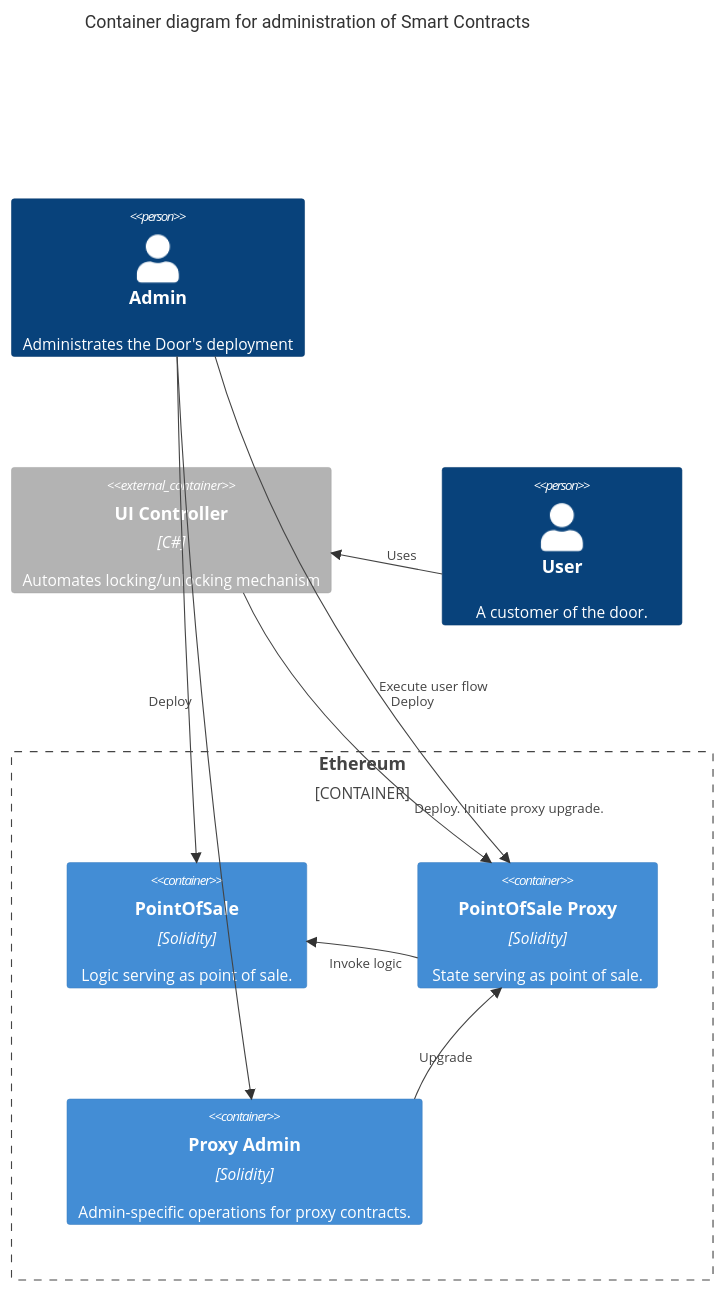
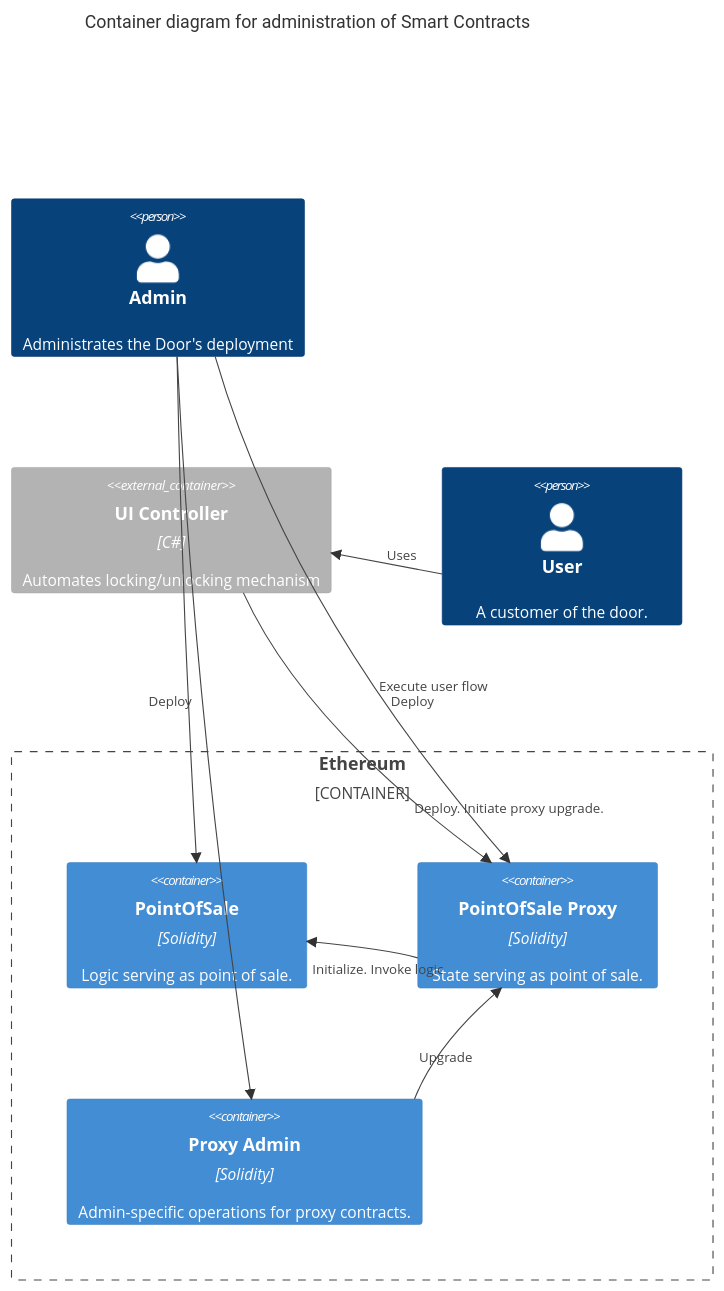
One commit to kilogold/Door changed the third of 3 diagrams in readme.md. Above: the diagram before and after it, drawn with Mermaid. The commit also changed other lines of this file, not shown here.

````diff
--- a/readme.md
+++ b/readme.md
@@ -65,27 +65,27 @@
 ``` mermaid
     C4Container
     title Container diagram for administration of Smart Contracts
     Person(admin, Admin, "Administrates the Door's deployment")
     Container_Ext(ui, "UI Controller", "C#", "Automates locking/unlocking mechanism")
     Container_Boundary(EVM, "Ethereum") {
         Container(pos, "PointOfSale", "Solidity", "Logic serving as point of sale.")
         Container(proxy, "PointOfSale Proxy", "Solidity", "State serving as point of sale.")
         Container(proxyAdmin, "Proxy Admin", "Solidity", "Admin-specific operations for proxy contracts.")
     }
     Person(user, User, "A customer of the door.")
 
     Rel(user,ui, "Uses")
     UpdateRelStyle(user, ui, $offsetY="-10", $offsetX="0")
     Rel(admin, pos, "Deploy")
     UpdateRelStyle(admin, pos, $offsetY="80", $offsetX="-35")
     Rel(admin, proxyAdmin, "Deploy. Initiate proxy upgrade.")
     UpdateRelStyle(admin,proxyAdmin, $offsetY="70", $offsetX="180")
     Rel(admin, proxy, "Deploy")
     UpdateRelStyle(admin, proxy, $offsetY="80", $offsetX="25")
     Rel(proxyAdmin, proxy, "Upgrade")
     UpdateRelStyle(proxyAdmin, proxy, $offsetY="10", $offsetX="-35")
-    Rel(proxy, pos, "Invoke logic")
-    UpdateRelStyle(proxy, pos, $offsetY="10", $offsetX="-30")
+    Rel(proxy, pos, "Initialize. Invoke logic")
+    UpdateRelStyle(proxy, pos, $offsetY="15", $offsetX="-45")
     Rel(ui,proxy,"Execute user flow")
     UpdateRelStyle(ui,proxy, $offsetY="-40", $offsetX="10")
 ```
````
